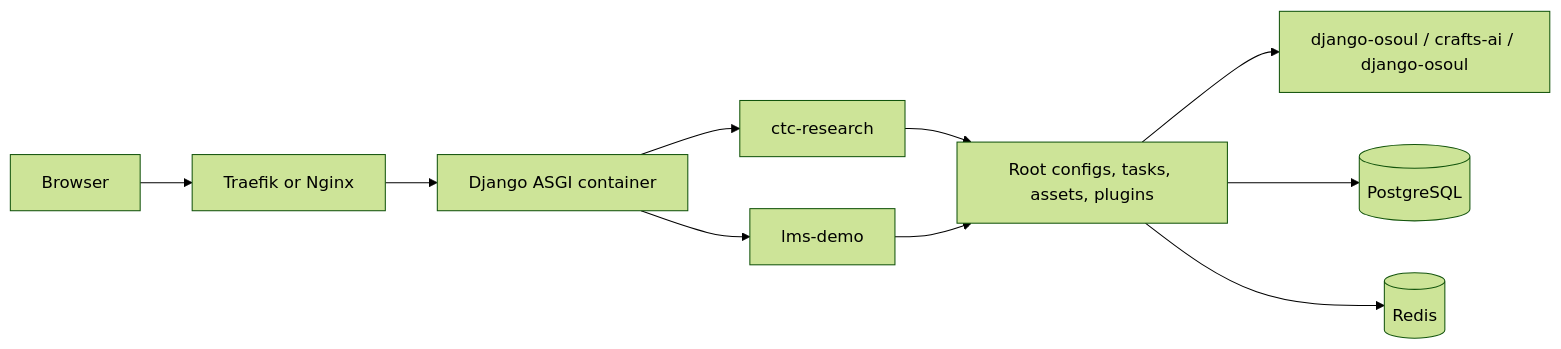
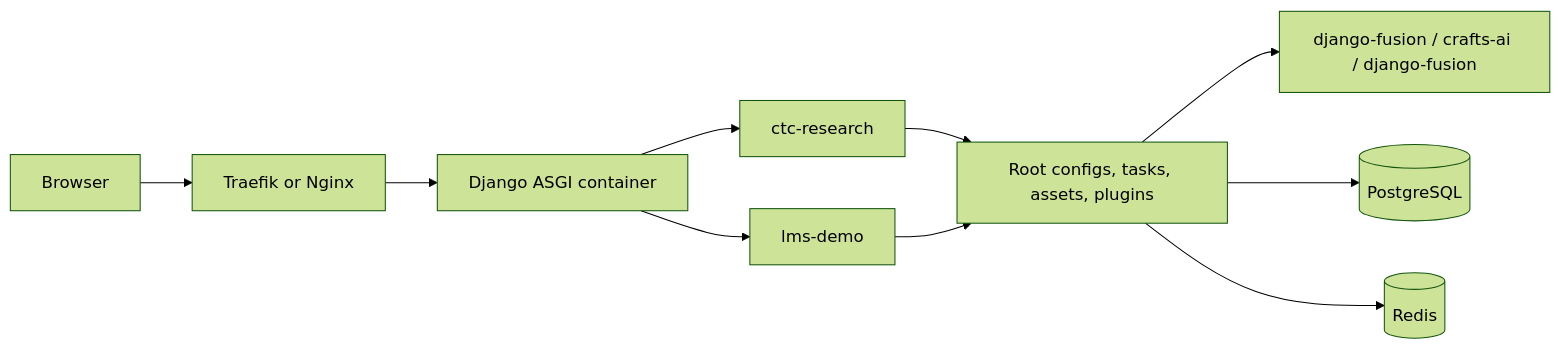
The diagram in docs/architecture/index.md (mammhoud/django-fusion), drawn with Mermaid (forest theme) before and after one commit. The commit also changed 1196 other files, not shown here.

Commit message:
chore: rename django-osoul to django-fusion throughout

````diff
--- a/docs/architecture/index.md
+++ b/docs/architecture/index.md
@@ -16,12 +16,12 @@
 ```mermaid
 flowchart LR
     User[Browser] --> Proxy[Traefik or Nginx]
     Proxy --> App[Django ASGI container]
     App --> SiteA[ctc-research]
     App --> SiteB[lms-demo]
     SiteA --> Shared[Root configs, tasks, assets, plugins]
     SiteB --> Shared
-    Shared --> Libs[django-osoul / crafts-ai / django-osoul]
+    Shared --> Libs[django-fusion / crafts-ai / django-fusion]
     Shared --> Postgres[(PostgreSQL)]
     Shared --> Redis[(Redis)]
 ```
````
